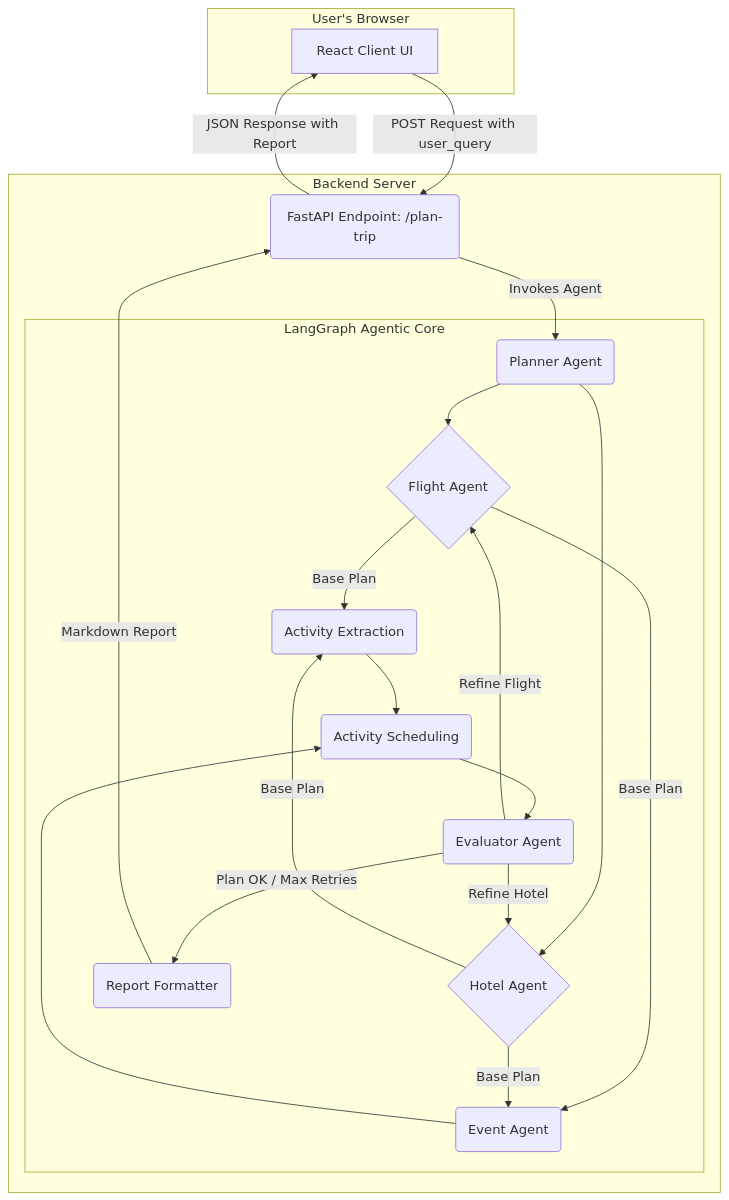
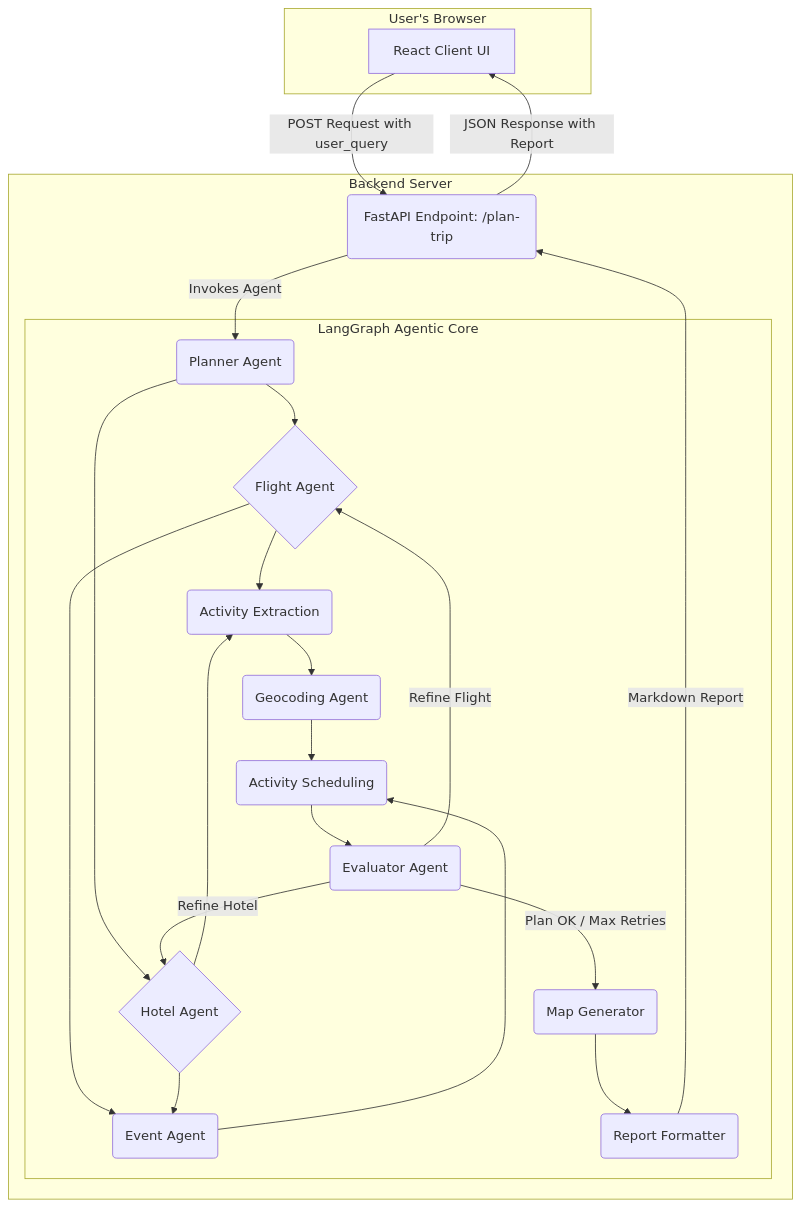
One commit to berkyalkn/AI-travel-agent changed the diagram in README.md. Above: the diagram before and after it, drawn with Mermaid. The commit also changed other lines of this file, not shown here.

````diff
--- a/README.md
+++ b/README.md
@@ -50,34 +53,38 @@
 ```mermaid
 graph TD
     subgraph "User's Browser"
         A[React Client UI]
     end
 
     subgraph "Backend Server"
         B(FastAPI Endpoint: /plan-trip)
         subgraph LangGraph Agentic Core
             C(Planner Agent)
             D{Flight Agent}
             E{Hotel Agent}
             F(Activity Extraction)
             J(Event Agent)
+            K(Geocoding Agent)
             G(Activity Scheduling)
             H(Evaluator Agent)
             I(Report Formatter)
+            L(Map Generator)
         end
     end
 
     
     A -- "POST Request with user_query" --> B
     B -- "Invokes Agent" --> C
     C --> D & E
-    D & E -- "Base Plan" --> F & J
-    F --> G
+    D & E --> F & J
+    F --> K
+    K --> G
     J --> G
     G --> H
     H -- "Refine Hotel" --> E
     H -- "Refine Flight" --> D
-    H -- "Plan OK / Max Retries" --> I
+    H -- "Plan OK / Max Retries" --> L
+    L --> I
     I -- "Markdown Report" --> B
     B -- "JSON Response with Report" --> A
  ```
````
